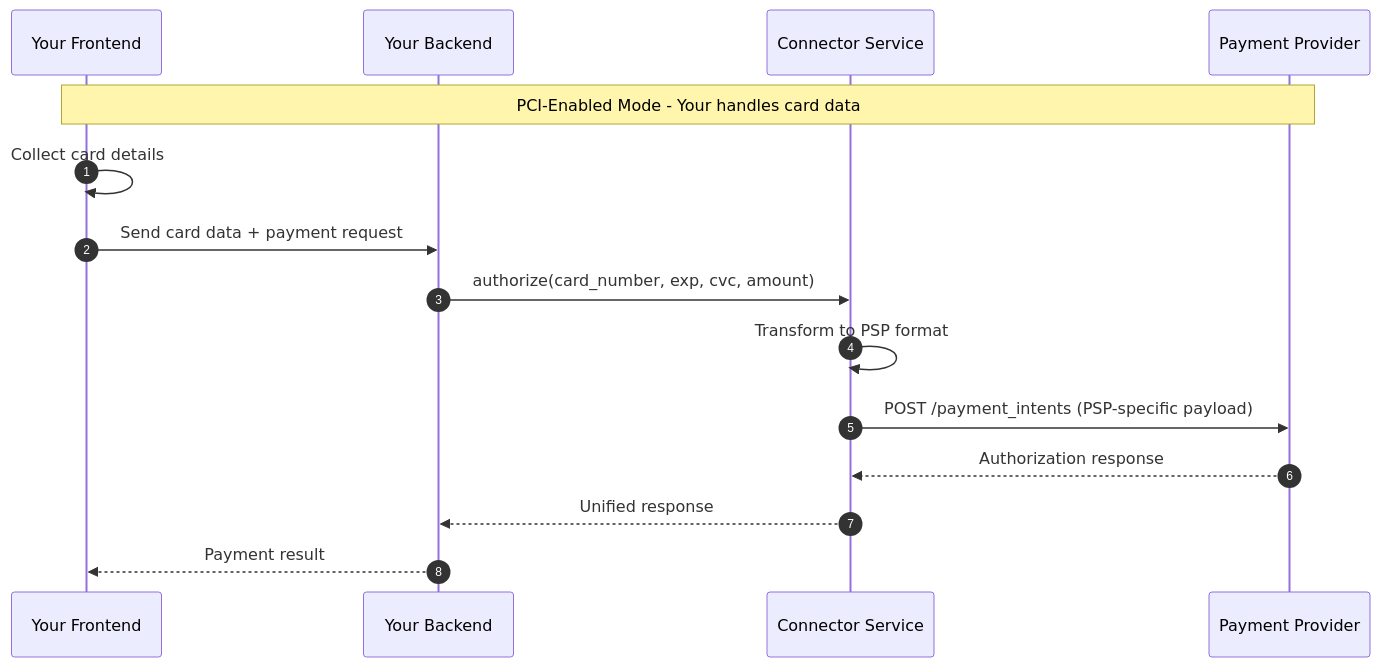
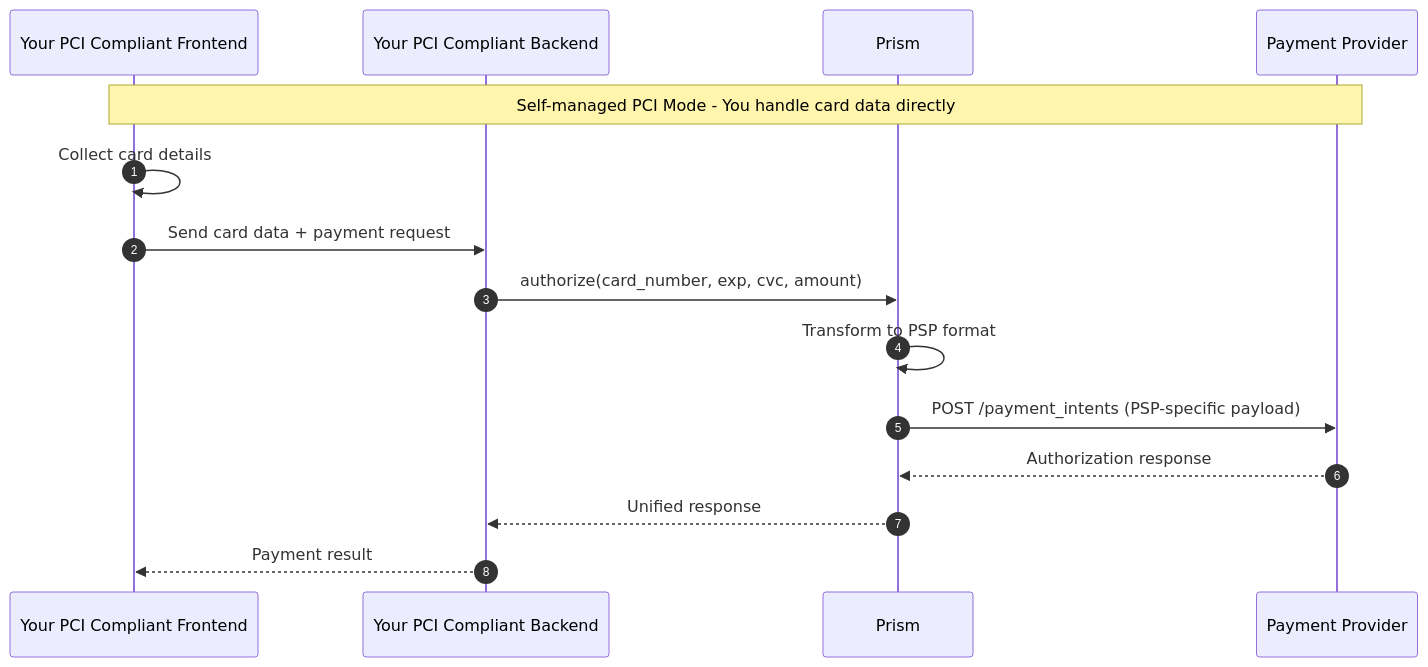
The second of 2 diagrams in integration-space/prism/architecture/compliance/compliance.md (juspay/hyperswitch-docs), drawn with Mermaid before and after one commit. The commit also changed other lines of this file and 1 other file, not shown here.

First line of the commit message:
docs(prism): sync integration-space from hyperswitch-prism@e63d30990b99a9851e35d7b464ccdeac76831a83

````diff
--- a/integration-space/prism/architecture/compliance/compliance.md
+++ b/integration-space/prism/architecture/compliance/compliance.md
@@ -158,19 +87,19 @@
 ```mermaid
 sequenceDiagram
     autonumber
-    participant FE as Your Frontend
-    participant BE as Your Backend
-    participant Prism as Connector Service
+    participant FE as Your PCI Compliant Frontend
+    participant BE as Your PCI Compliant Backend
+    participant Prism as Prism
     participant PSP as Payment Provider
 
-    Note over FE,PSP: PCI-Enabled Mode - Your handles card data
+    Note over FE,PSP: Self-managed PCI Mode - You handle card data directly
 
     FE->>FE: Collect card details
     FE->>BE: Send card data + payment request
     BE->>Prism: authorize(card_number, exp, cvc, amount)
     Prism->>Prism: Transform to PSP format
     Prism->>PSP: POST /payment_intents (PSP-specific payload)
     PSP-->>Prism: Authorization response
     Prism-->>BE: Unified response
     BE-->>FE: Payment result
 ```
````
